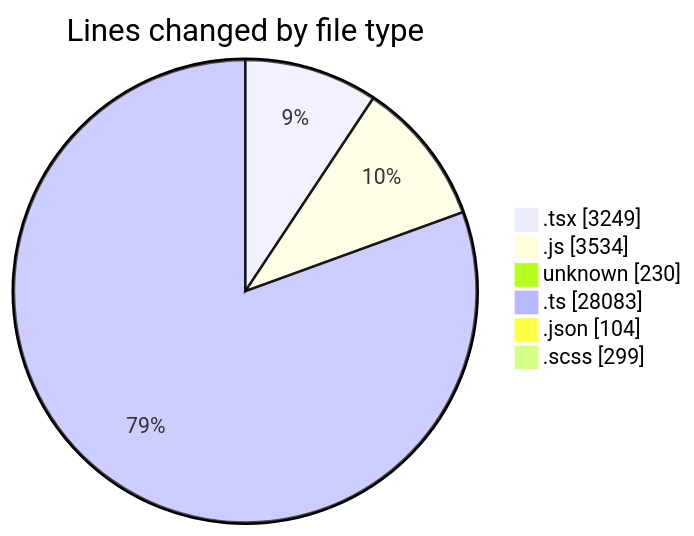
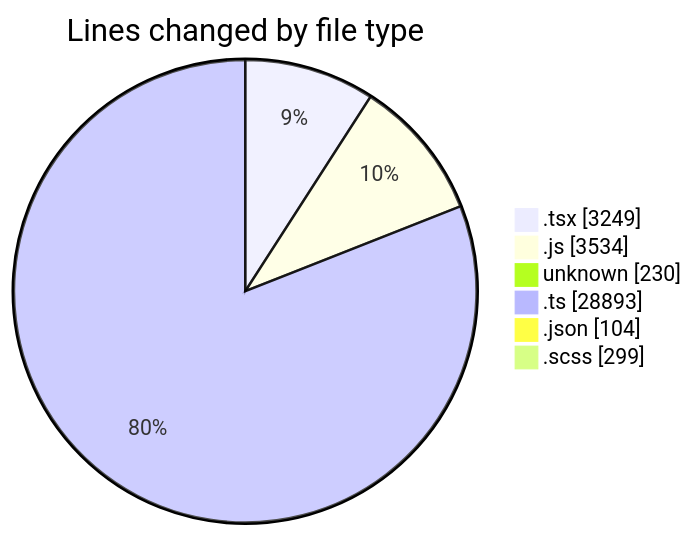
The first of 2 diagrams in 2026-05-06/cda/README.md (momahboobian/code-tracking), drawn with Mermaid before and after one commit. The commit also changed other lines of this file and 1 other file, not shown here.

````diff
--- a/2026-05-06/cda/README.md
+++ b/2026-05-06/cda/README.md
@@ -78,10 +79,10 @@
 ```mermaid
 pie showData
 title Lines changed by file type
 ".tsx" : 3249
 ".js" : 3534
 "unknown" : 230
-".ts" : 28083
+".ts" : 28893
 ".json" : 104
 ".scss" : 299
 ```
````
